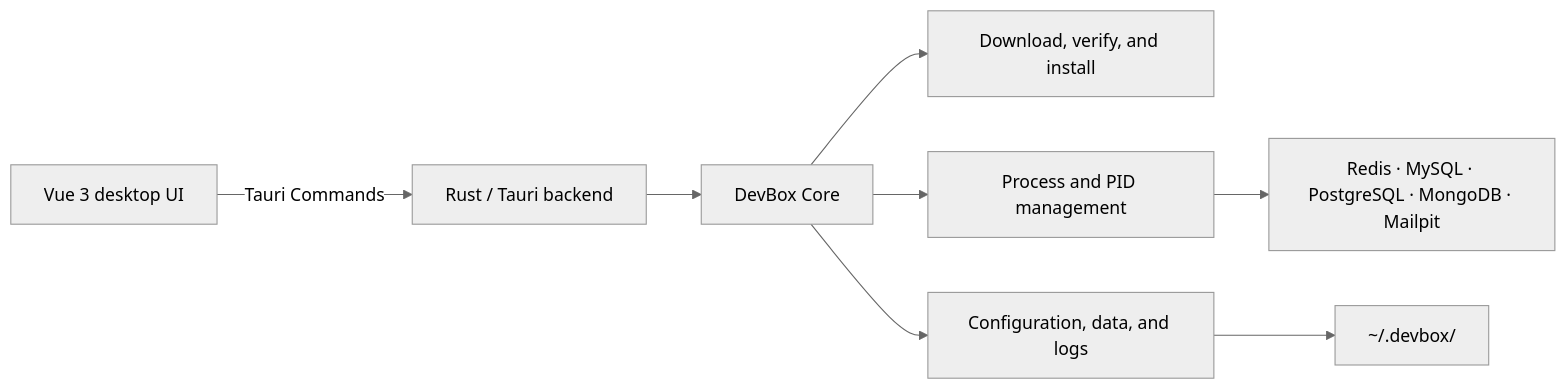
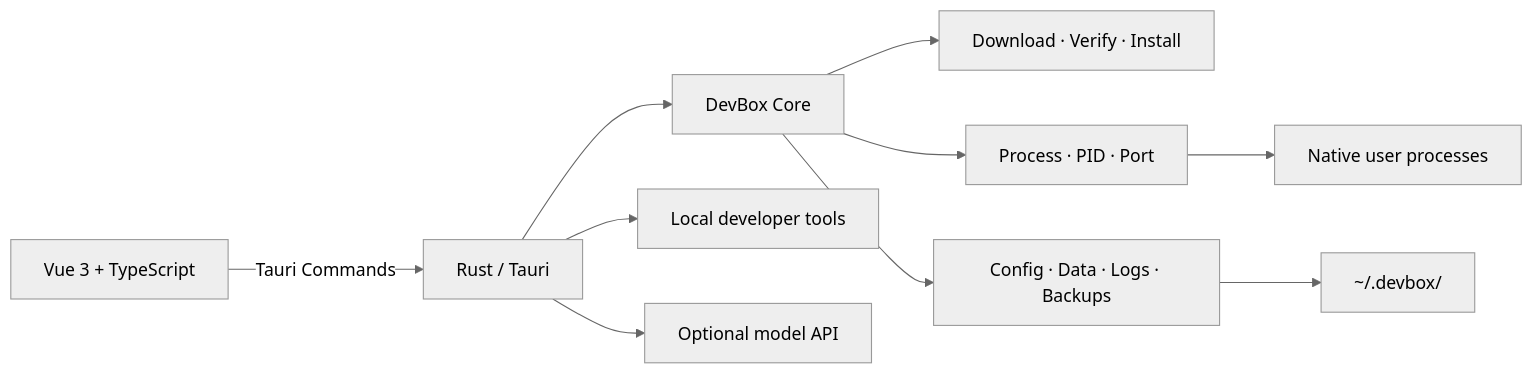
The diagram in README_EN.md (whoiszxl/zhiyu-env), drawn with Mermaid (neutral theme) before and after one commit. The commit also changed other lines of this file and 91 other files, not shown here.

````diff
--- a/README_EN.md
+++ b/README_EN.md
@@ -115,10 +145,12 @@
 ```mermaid
 flowchart LR
-    UI["Vue 3 desktop UI"] -->|"Tauri Commands"| APP["Rust / Tauri backend"]
+    UI["Vue 3 + TypeScript"] -->|"Tauri Commands"| APP["Rust / Tauri"]
     APP --> CORE["DevBox Core"]
-    CORE --> INSTALLER["Download, verify, and install"]
-    CORE --> PROCESS["Process and PID management"]
-    CORE --> CONFIG["Configuration, data, and logs"]
-    PROCESS --> SERVICES["Redis · MySQL · PostgreSQL · MongoDB · Mailpit"]
-    CONFIG --> HOME["~/.devbox/"]
+    CORE --> INSTALL["Download · Verify · Install"]
+    CORE --> PROCESS["Process · PID · Port"]
+    CORE --> STORAGE["Config · Data · Logs · Backups"]
+    PROCESS --> SERVICES["Native user processes"]
+    STORAGE --> HOME["~/.devbox/"]
+    APP --> TOOLS["Local developer tools"]
+    APP --> AI["Optional model API"]
 ```
````
